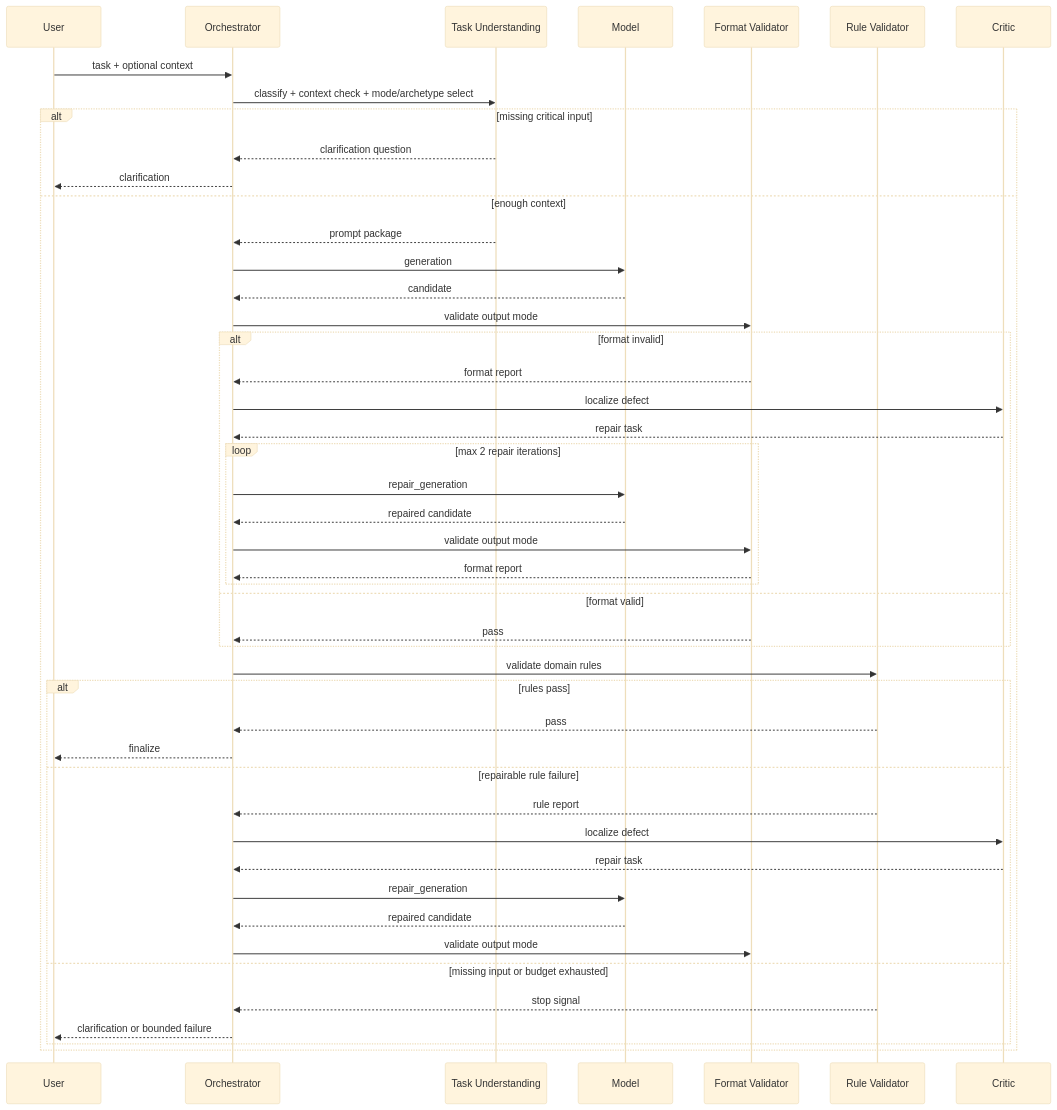
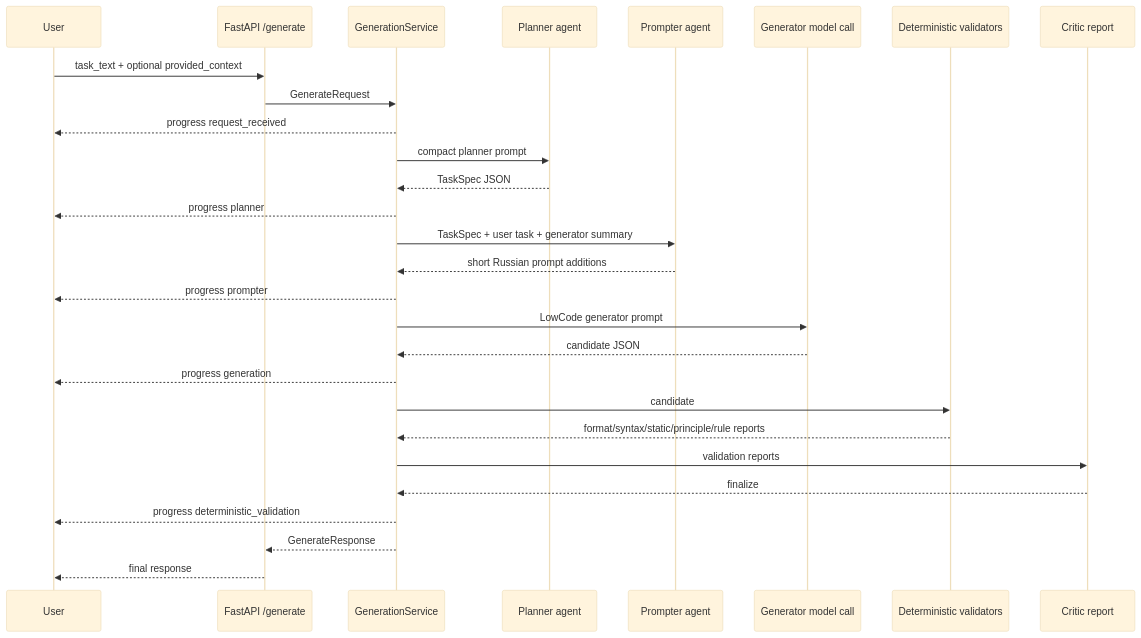
Before and after one commit to epitaph76/EpLua: the first of 2 diagrams in docs/AGENT_PIPELINE_SEQUENCE.md, drawn with Mermaid (base theme). The commit also changed other lines of this file and 23 other files, not shown here.

````diff
--- a/docs/AGENT_PIPELINE_SEQUENCE.md
+++ b/docs/AGENT_PIPELINE_SEQUENCE.md
@@ -7,55 +7,36 @@
 ```mermaid
 sequenceDiagram
     participant User
-    participant Orchestrator
-    participant Understanding as Task Understanding
-    participant Model
-    participant Format as Format Validator
-    participant Rules as Rule Validator
-    participant Critic
+    participant API as FastAPI /generate
+    participant Service as GenerationService
+    participant Planner as Planner agent
+    participant Prompter as Prompter agent
+    participant Generator as Generator model call
+    participant Validator as Deterministic validators
+    participant Critic as Critic report
 
-    User->>Orchestrator: task + optional context
-    Orchestrator->>Understanding: classify + context check + mode/archetype select
+    User->>API: task_text + optional provided_context
+    API->>Service: GenerateRequest
+    Service-->>User: progress request_received
 
-    alt missing critical input
-        Understanding-->>Orchestrator: clarification question
-        Orchestrator-->>User: clarification
-    else enough context
-        Understanding-->>Orchestrator: prompt package
-        Orchestrator->>Model: generation
-        Model-->>Orchestrator: candidate
-        Orchestrator->>Format: validate output mode
+    Service->>Planner: compact planner prompt
+    Planner-->>Service: TaskSpec JSON
+    Service-->>User: progress planner
 
-        alt format invalid
-            Format-->>Orchestrator: format report
-            Orchestrator->>Critic: localize defect
-            Critic-->>Orchestrator: repair task
+    Service->>Prompter: TaskSpec + user task + generator summary
+    Prompter-->>Service: short Russian prompt additions
+    Service-->>User: progress prompter
 
-            loop max 2 repair iterations
-                Orchestrator->>Model: repair_generation
-                Model-->>Orchestrator: repaired candidate
-                Orchestrator->>Format: validate output mode
-                Format-->>Orchestrator: format report
-            end
-        else format valid
-            Format-->>Orchestrator: pass
-        end
+    Service->>Generator: LowCode generator prompt
+    Generator-->>Service: candidate JSON
+    Service-->>User: progress generation
 
-        Orchestrator->>Rules: validate domain rules
+    Service->>Validator: candidate
+    Validator-->>Service: format/syntax/static/principle/rule reports
+    Service->>Critic: validation reports
+    Critic-->>Service: finalize
+    Service-->>User: progress deterministic_validation
 
-        alt rules pass
-            Rules-->>Orchestrator: pass
-            Orchestrator-->>User: finalize
-        else repairable rule failure
-            Rules-->>Orchestrator: rule report
-            Orchestrator->>Critic: localize defect
-            Critic-->>Orchestrator: repair task
-            Orchestrator->>Model: repair_generation
-            Model-->>Orchestrator: repaired candidate
-            Orchestrator->>Format: validate output mode
-        else missing input or budget exhausted
-            Rules-->>Orchestrator: stop signal
-            Orchestrator-->>User: clarification or bounded failure
-        end
-    end
+    Service-->>API: GenerateResponse
+    API-->>User: final response
 ```
````
